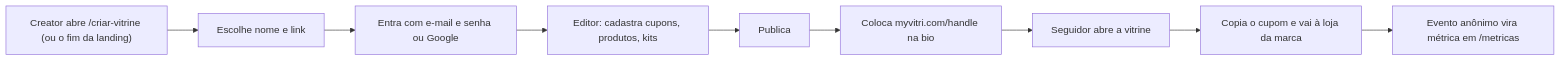
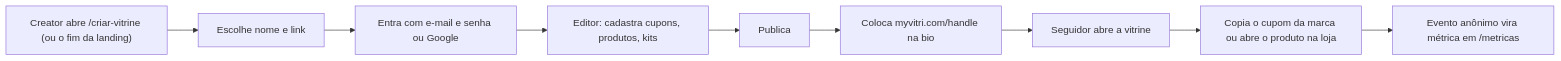
The first of 5 diagrams in docs/architecture.md (estevaons/myvitri), drawn with Mermaid before and after one commit. The commit also changed other lines of this file and 57 other files, not shown here.

````diff
--- a/docs/architecture.md
+++ b/docs/architecture.md
@@ -16,11 +16,11 @@
 ```mermaid
 graph LR
     A["Creator abre /criar-vitrine (ou o fim da landing)"] --> B["Escolhe nome e link"]
     B --> C["Entra com e-mail e senha ou Google"]
     C --> D["Editor: cadastra cupons, produtos, kits"]
     D --> E["Publica"]
     E --> F["Coloca myvitri.com/handle na bio"]
     F --> G["Seguidor abre a vitrine"]
-    G --> H["Copia o cupom e vai à loja da marca"]
+    G --> H["Copia o cupom da marca ou abre o produto na loja"]
     H --> I["Evento anônimo vira métrica em /metricas"]
 ```
````
